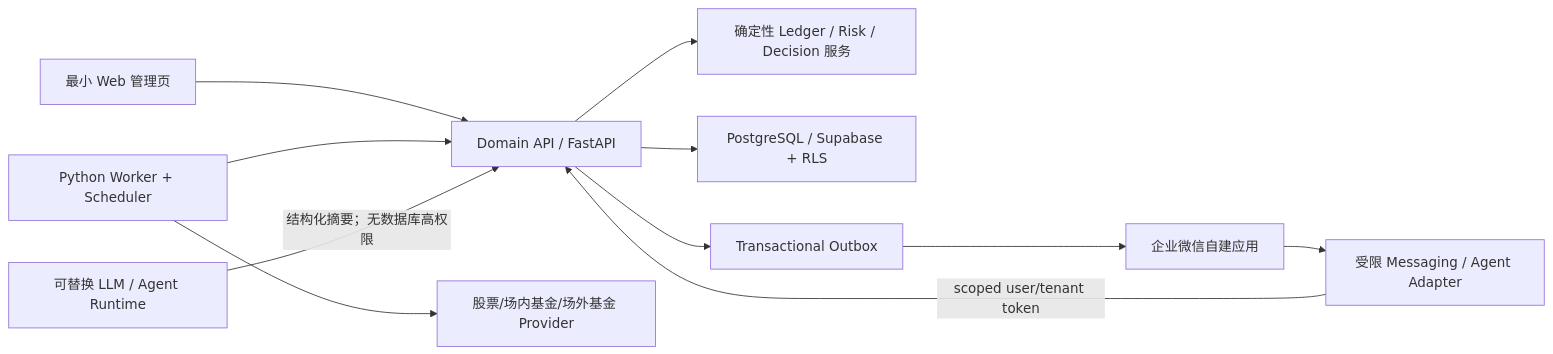
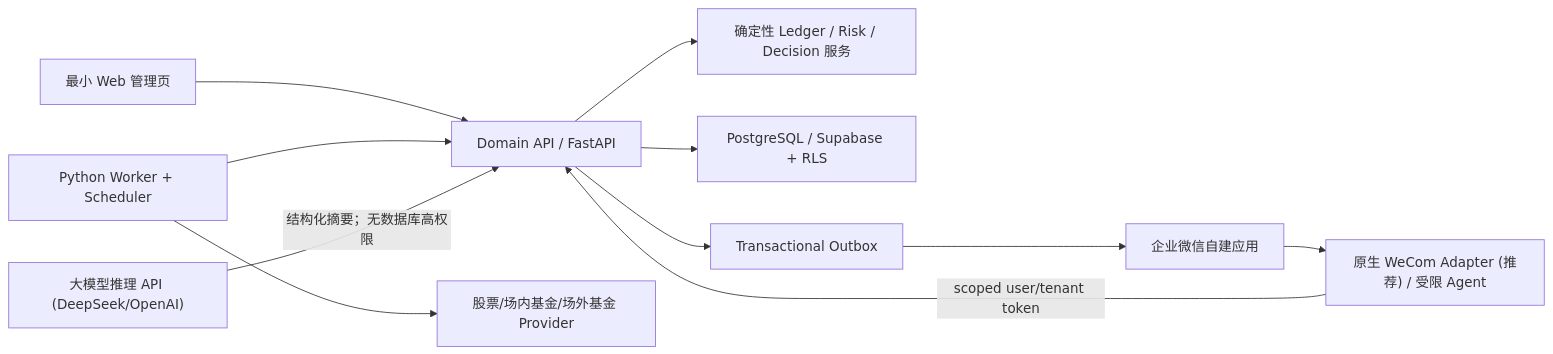
Before and after one commit to sinojelly/wealthsail: the first of 4 diagrams in docs/03.WealthSail-MVP快速构建与实战指南.md, drawn with Mermaid. The commit also changed other lines of this file and 1 other file, not shown here.

````diff
--- a/docs/03.WealthSail-MVP快速构建与实战指南.md
+++ b/docs/03.WealthSail-MVP快速构建与实战指南.md
@@ -17,13 +17,13 @@
 ```mermaid
 flowchart LR
     Web["最小 Web 管理页"] --> API["Domain API / FastAPI"]
-    WeCom["企业微信自建应用"] --> Edge["受限 Messaging / Agent Adapter"]
+    WeCom["企业微信自建应用"] --> Edge["原生 WeCom Adapter (推荐) / 受限 Agent"]
     Edge -->|"scoped user/tenant token"| API
     API --> Core["确定性 Ledger / Risk / Decision 服务"]
     Worker["Python Worker + Scheduler"] --> API
     Worker --> Provider["股票/场内基金/场外基金 Provider"]
     API --> DB["PostgreSQL / Supabase + RLS"]
     API --> Outbox["Transactional Outbox"]
     Outbox --> WeCom
-    LLM["可替换 LLM / Agent Runtime"] -->|"结构化摘要；无数据库高权限"| API
+    LLM["大模型推理 API (DeepSeek/OpenAI)"] -->|"结构化摘要；无数据库高权限"| API
 ```
````
